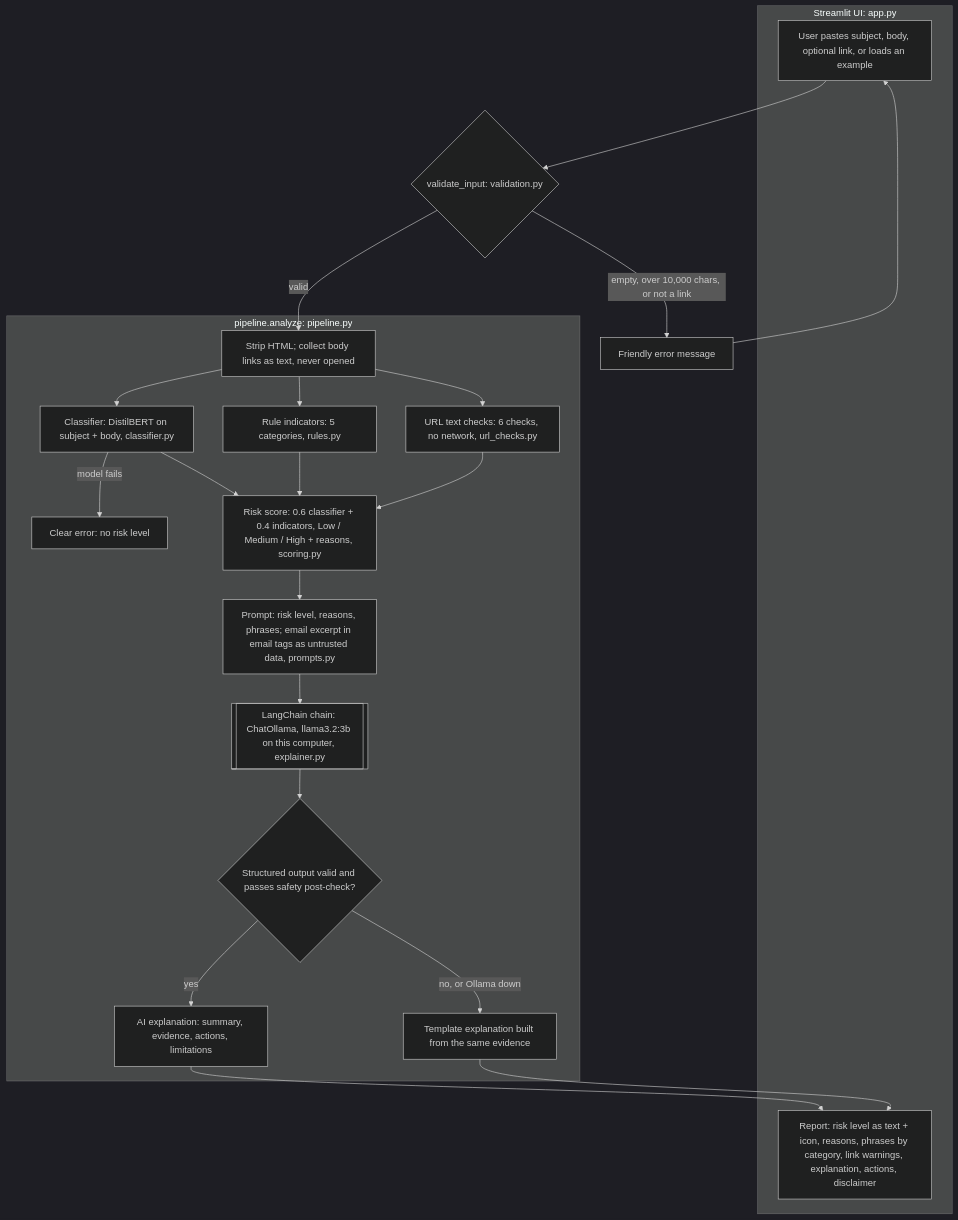
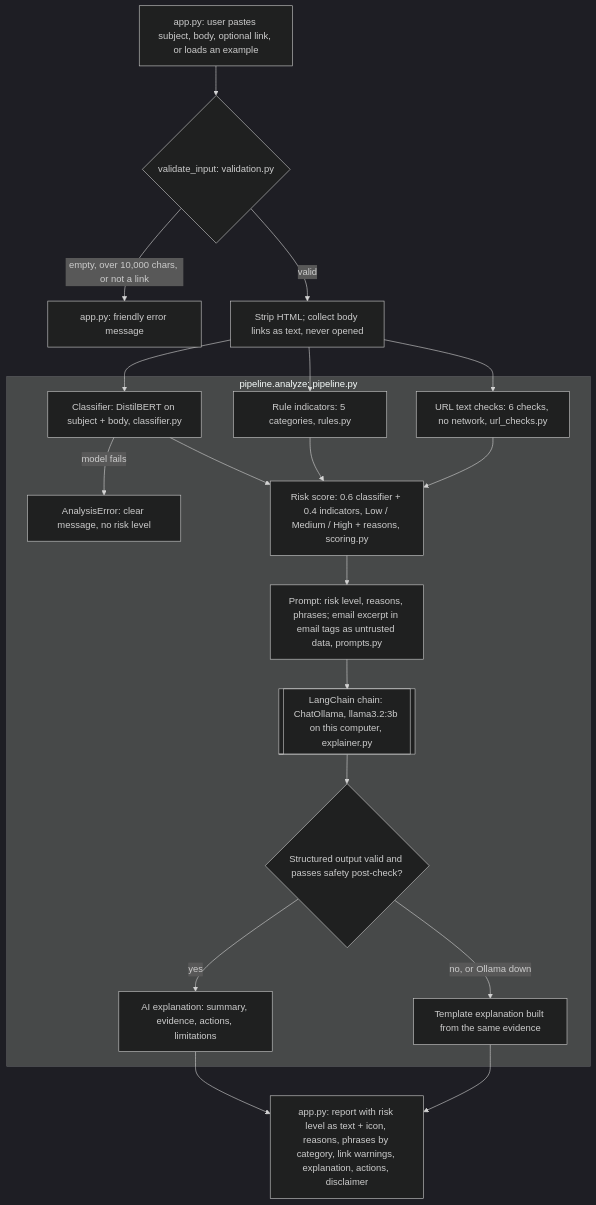
The diagram in docs/workflow_diagram.md (kitsi/Kit_Sidhu_CapstoneAI), drawn with Mermaid (dark theme) before and after one commit. The commit also changed other lines of this file and 3 other files, not shown here.

First line of the commit message:
docs: finalize documents and fix workflow diagram layout

````diff
--- a/docs/workflow_diagram.md
+++ b/docs/workflow_diagram.md
@@ -9,30 +9,32 @@
 ```mermaid
 flowchart TD
-    subgraph UI["Streamlit UI: app.py"]
-        A["User pastes subject, body, optional link, or loads an example"]
-        J["Report: risk level as text + icon, reasons, phrases by category, link warnings, explanation, actions, disclaimer"]
-    end
-
-    A --> B{"validate_input: validation.py"}
-    B -- "empty, over 10,000 chars, or not a link" --> B1["Friendly error message"]
+    A["app.py: user pastes subject, body, optional link, or loads an example"] --> B{"validate_input: validation.py"}
+    B -- "empty, over 10,000 chars, or not a link" --> B1["app.py: friendly error message"]
     B -- valid --> C["Strip HTML; collect body links as text, never opened"]
 
     subgraph P["pipeline.analyze: pipeline.py"]
-        C --> D1["Classifier: DistilBERT on subject + body, classifier.py"]
-        C --> D2["Rule indicators: 5 categories, rules.py"]
-        C --> D3["URL text checks: 6 checks, no network, url_checks.py"]
-        D1 -- "model fails" --> X["Clear error: no risk level"]
-        D1 --> E["Risk score: 0.6 classifier + 0.4 indicators, Low / Medium / High + reasons, scoring.py"]
-        D2 --> E
-        D3 --> E
-        E --> F["Prompt: risk level, reasons, phrases; email excerpt in email tags as untrusted data, prompts.py"]
-        F --> G[["LangChain chain: ChatOllama, llama3.2:3b on this computer, explainer.py"]]
-        G --> H{"Structured output valid and passes safety post-check?"}
-        H -- yes --> I["AI explanation: summary, evidence, actions, limitations"]
-        H -- "no, or Ollama down" --> I2["Template explanation built from the same evidence"]
+        D1["Classifier: DistilBERT on subject + body, classifier.py"]
+        D2["Rule indicators: 5 categories, rules.py"]
+        D3["URL text checks: 6 checks, no network, url_checks.py"]
+        X["AnalysisError: clear message, no risk level"]
+        E["Risk score: 0.6 classifier + 0.4 indicators, Low / Medium / High + reasons, scoring.py"]
+        F["Prompt: risk level, reasons, phrases; email excerpt in email tags as untrusted data, prompts.py"]
+        G[["LangChain chain: ChatOllama, llama3.2:3b on this computer, explainer.py"]]
+        H{"Structured output valid and passes safety post-check?"}
+        I["AI explanation: summary, evidence, actions, limitations"]
+        I2["Template explanation built from the same evidence"]
     end
 
-    I --> J
+    C --> D1
+    C --> D2
+    C --> D3
+    D1 -- "model fails" --> X
+    D1 --> E
+    D2 --> E
+    D3 --> E
+    E --> F --> G --> H
+    H -- yes --> I
+    H -- "no, or Ollama down" --> I2
+    I --> J["app.py: report with risk level as text + icon, reasons, phrases by category, link warnings, explanation, actions, disclaimer"]
     I2 --> J
-    B1 --> A
 ```
````
